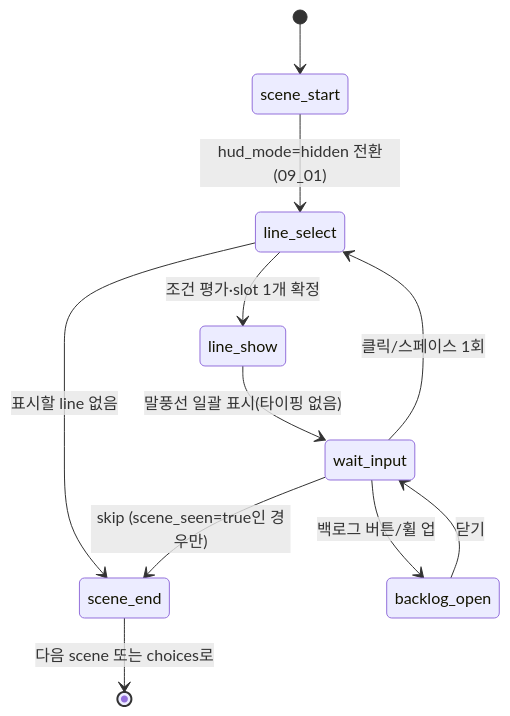
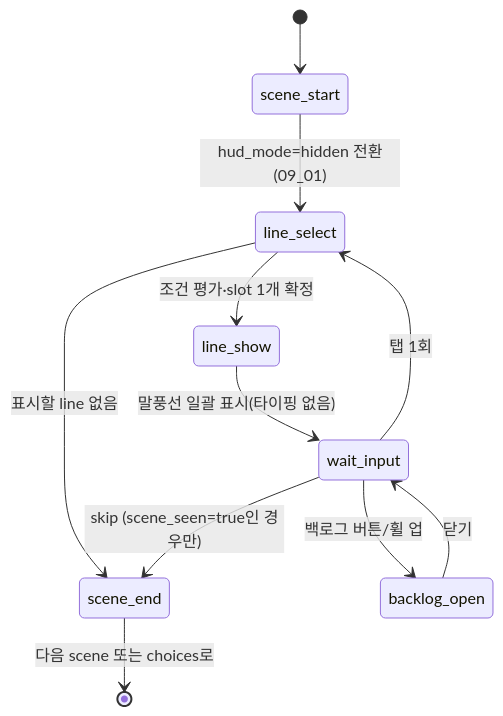
One commit to xtras2000-blip/signaturebar-updates changed the diagram in MOTHER/docs/08_DIALOGUE/08_01_dialogue_system.md. Above: the diagram before and after it, drawn with Mermaid. The commit also changed other lines of this file and 5 other files, not shown here.

````diff
--- a/MOTHER/docs/08_DIALOGUE/08_01_dialogue_system.md
+++ b/MOTHER/docs/08_DIALOGUE/08_01_dialogue_system.md
@@ -50,13 +50,13 @@
 ```mermaid
 stateDiagram-v2
     [*] --> scene_start
     scene_start --> line_select: hud_mode=hidden 전환(09_01)
     line_select --> line_show: 조건 평가·slot 1개 확정
     line_select --> scene_end: 표시할 line 없음
     line_show --> wait_input: 말풍선 일괄 표시(타이핑 없음)
-    wait_input --> line_select: 클릭/스페이스 1회
+    wait_input --> line_select: 탭 1회
     wait_input --> backlog_open: 백로그 버튼/휠 업
     backlog_open --> wait_input: 닫기
     wait_input --> scene_end: skip (scene_seen=true인 경우만)
     scene_end --> [*]: 다음 scene 또는 choices로
 ```
````
